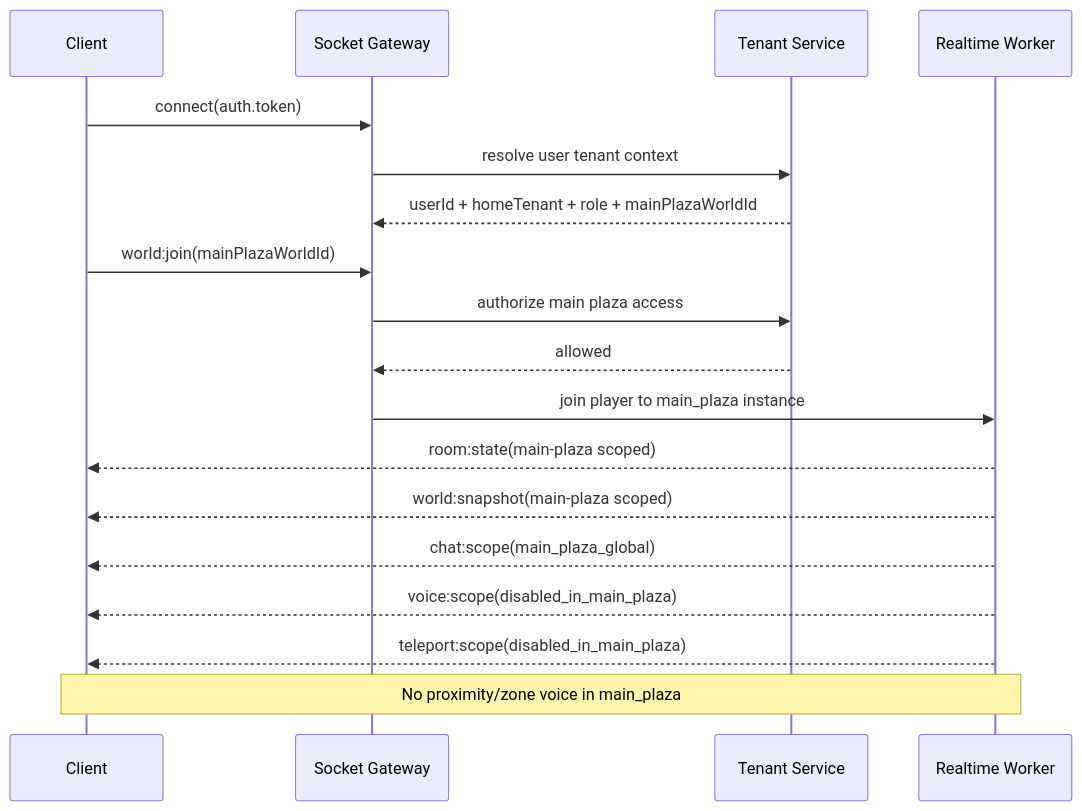
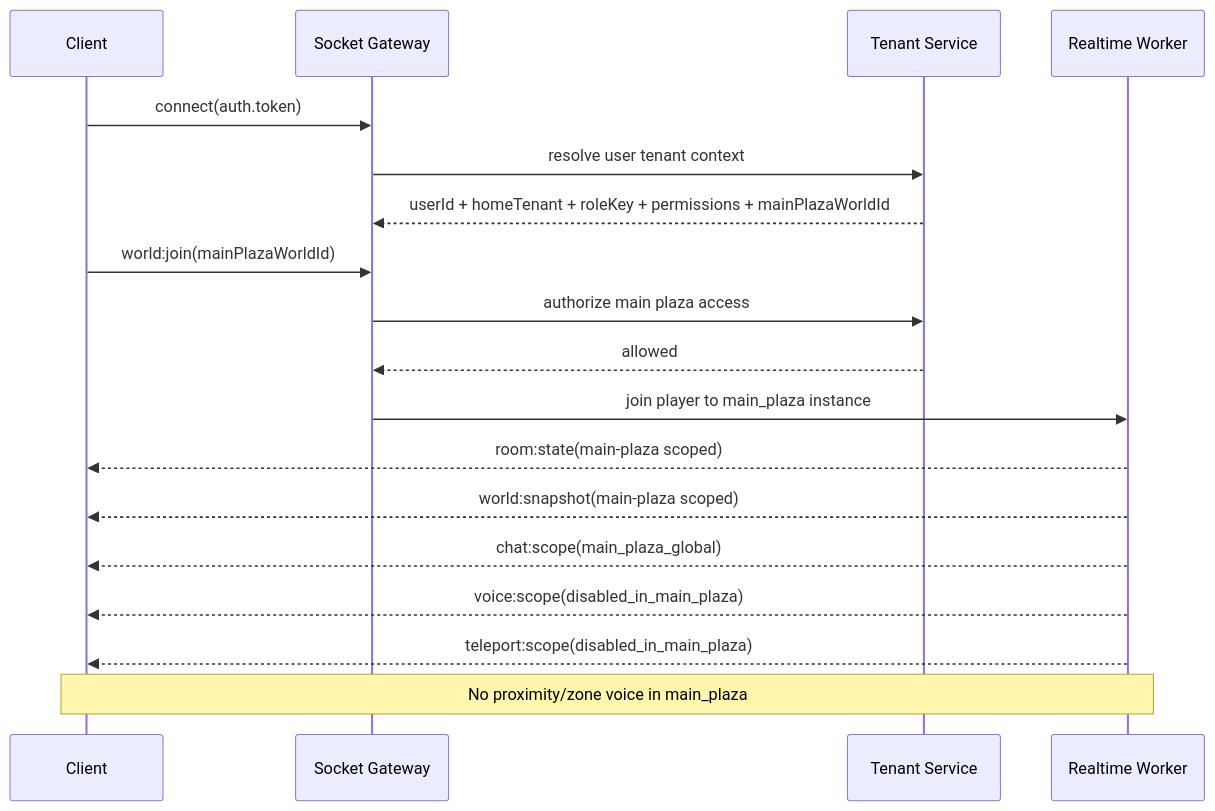
The fourth of 8 diagrams in Specs/tenant-architecture-plan.md (Catalystnick/Gather-poc), drawn with Mermaid before and after one commit. The commit also changed other lines of this file and 20 other files, not shown here.

````diff
--- a/Specs/tenant-architecture-plan.md
+++ b/Specs/tenant-architecture-plan.md
@@ -311,22 +418,22 @@
 ```mermaid
 sequenceDiagram
   participant C as Client
   participant G as Socket Gateway
   participant T as Tenant Service
   participant W as Realtime Worker
 
   C->>G: connect(auth.token)
   G->>T: resolve user tenant context
-  T-->>G: userId + homeTenant + role + mainPlazaWorldId
+  T-->>G: userId + homeTenant + roleKey + permissions + mainPlazaWorldId
 
   C->>G: world:join(mainPlazaWorldId)
   G->>T: authorize main plaza access
   T-->>G: allowed
   G->>W: join player to main_plaza instance
   W-->>C: room:state(main-plaza scoped)
   W-->>C: world:snapshot(main-plaza scoped)
   W-->>C: chat:scope(main_plaza_global)
   W-->>C: voice:scope(disabled_in_main_plaza)
   W-->>C: teleport:scope(disabled_in_main_plaza)
   Note over C,W: No proximity/zone voice in main_plaza
 ```
````
